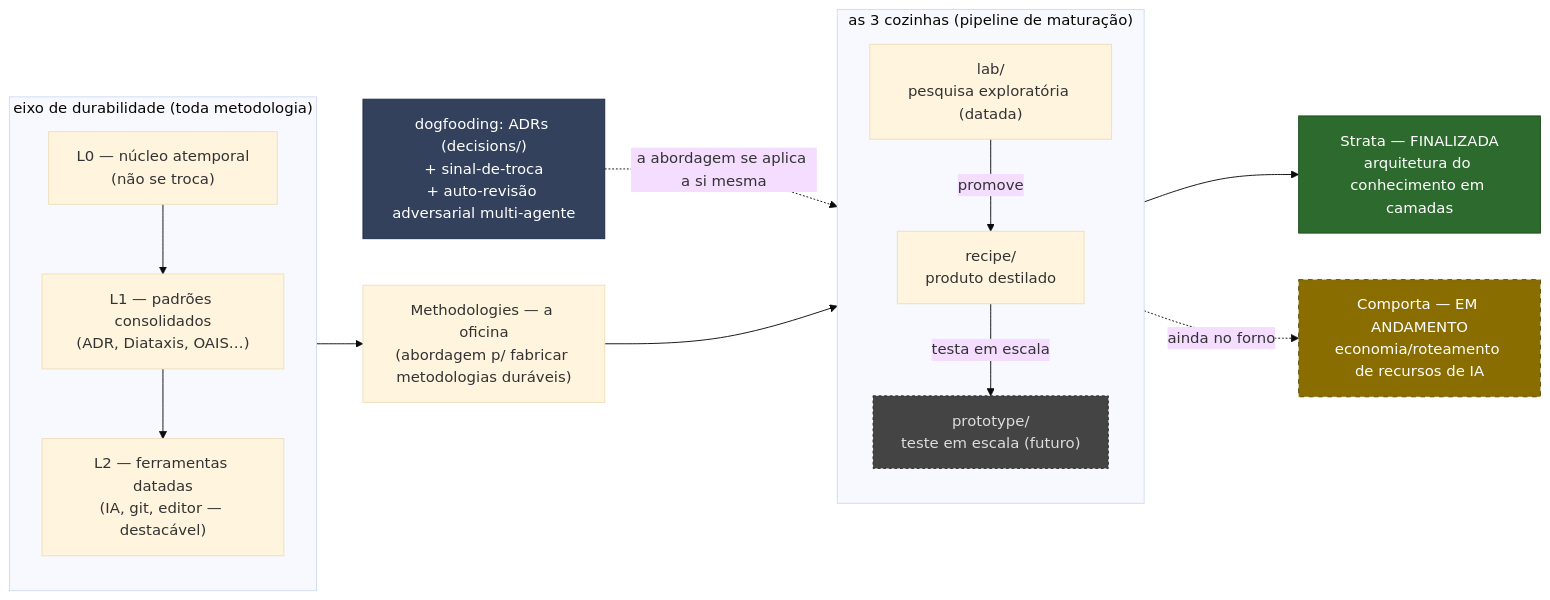
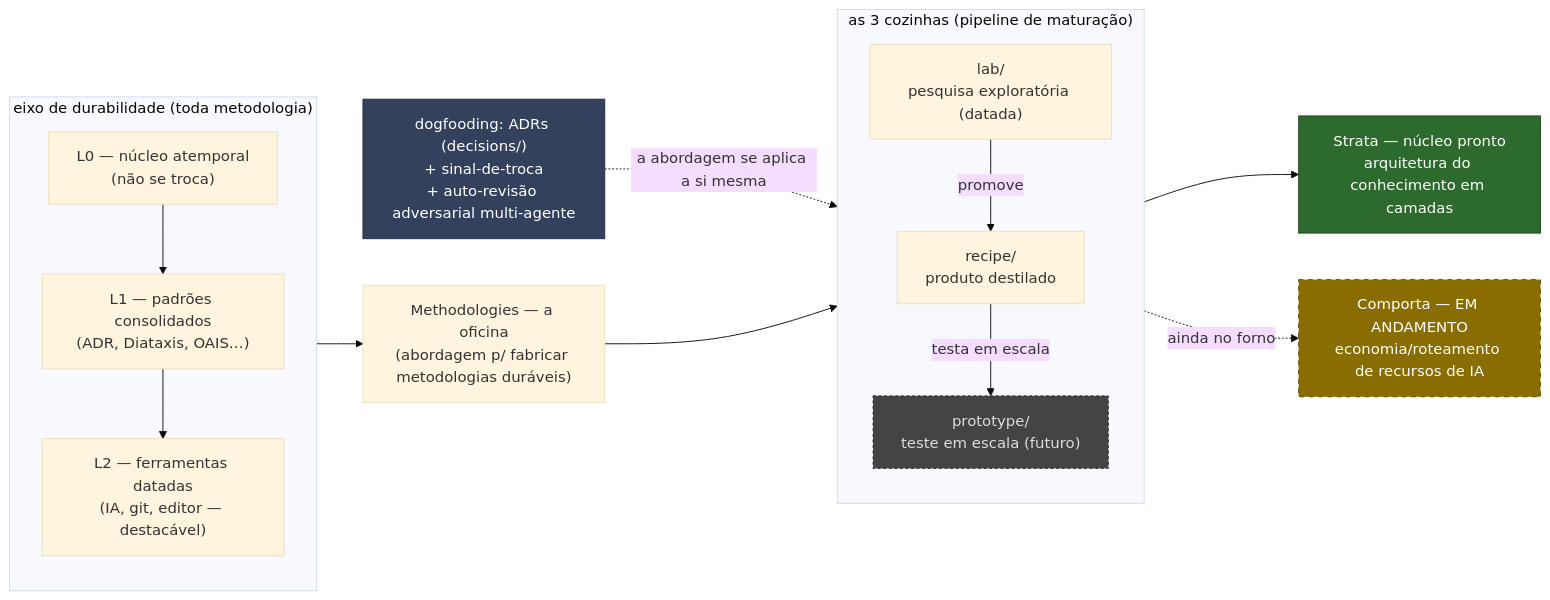
Before and after one commit to LeoPR/Methodologies: the diagram in README.md, drawn with Mermaid (base theme). The commit also changed other lines of this file, not shown here.

````diff
--- a/README.md
+++ b/README.md
@@ -62,37 +64,37 @@
 ```mermaid
 flowchart LR
     subgraph CAMADAS["eixo de durabilidade (toda metodologia)"]
         direction TB
         L0["L0 — núcleo atemporal<br/>(não se troca)"]
         L1["L1 — padrões consolidados<br/>(ADR, Diataxis, OAIS…)"]
         L2["L2 — ferramentas datadas<br/>(IA, git, editor — destacável)"]
         L0 --> L1 --> L2
     end
 
     DOG["dogfooding: ADRs (decisions/)<br/>+ sinal-de-troca<br/>+ auto-revisão adversarial multi-agente"]
     OFICINA["Methodologies — a oficina<br/>(abordagem p/ fabricar metodologias duráveis)"]
 
     subgraph COZINHAS["as 3 cozinhas (pipeline de maturação)"]
         direction TB
         LAB["lab/<br/>pesquisa exploratória (datada)"]
         REC["recipe/<br/>produto destilado"]
         PROTO["prototype/<br/>teste em escala (futuro)"]
         LAB -->|promove| REC -->|testa em escala| PROTO
     end
 
     CAMADAS --> OFICINA
     DOG -.->|a abordagem se aplica a si mesma| COZINHAS
     OFICINA --> COZINHAS
 
-    REC --> STRATA["Strata — FINALIZADA<br/>arquitetura do conhecimento em camadas"]
+    REC --> STRATA["Strata — núcleo pronto<br/>arquitetura do conhecimento em camadas"]
     LAB -.->|ainda no forno| ECON["Comporta — EM ANDAMENTO<br/>economia/roteamento de recursos de IA"]
 
     classDef done fill:#2d6a2d,stroke:#1b4d1b,color:#fff;
     classDef wip fill:#8a6d00,stroke:#5c4900,color:#fff,stroke-dasharray:5 5;
     classDef future fill:#444,stroke:#222,color:#ddd,stroke-dasharray:3 3;
     classDef proof fill:#33415c,stroke:#1f2a44,color:#fff;
     class STRATA done;
     class ECON wip;
     class PROTO future;
     class DOG proof;
 ```
````
